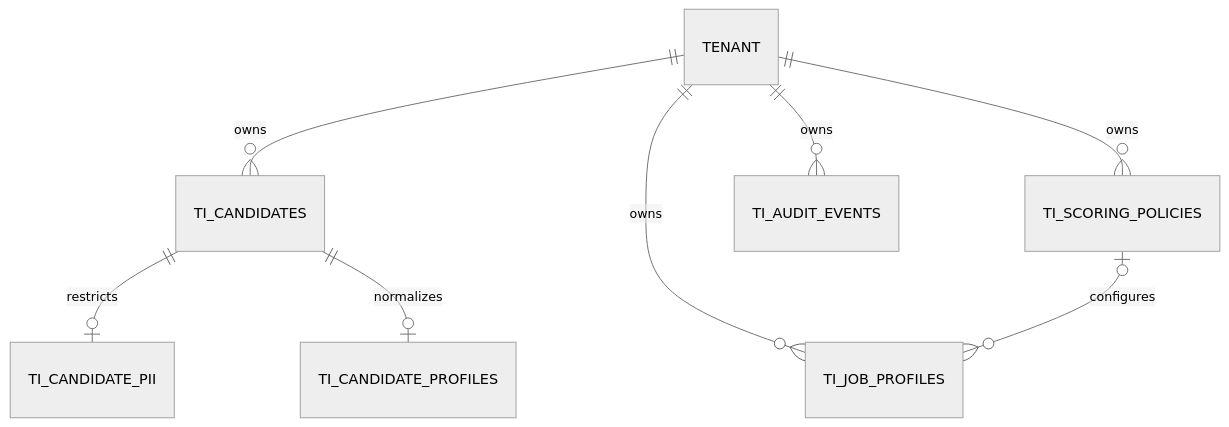
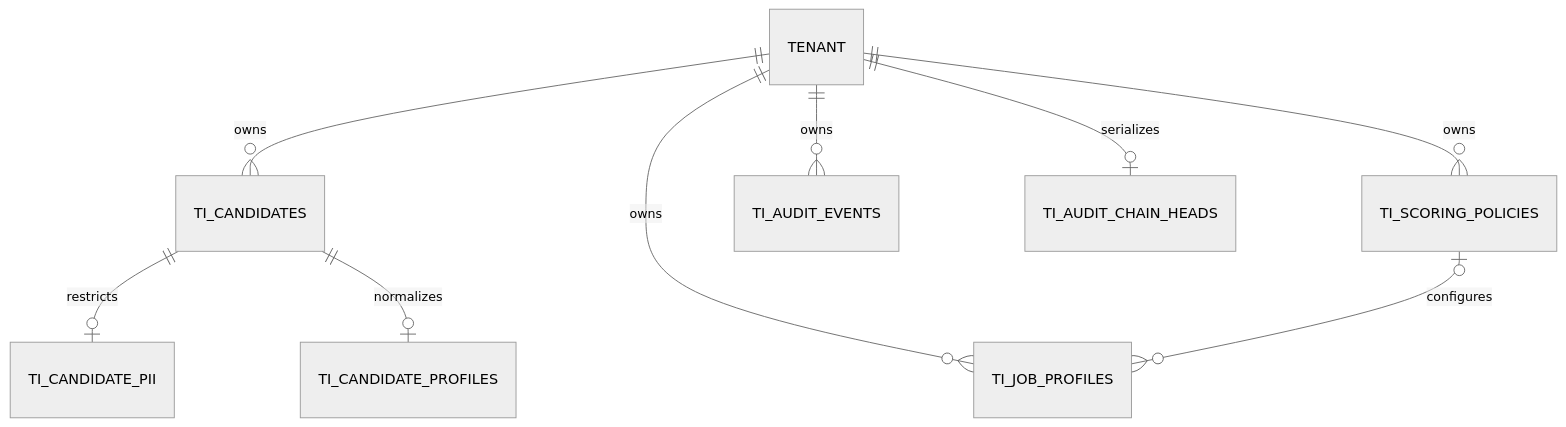
One commit to ThienUIT/ai-recruitment changed the first of 2 diagrams in docs/talent-intelligence/data-model.md. Above: the diagram before and after it, drawn with Mermaid (neutral theme). The commit also changed other lines of this file and 15 other files, not shown here.

````diff
--- a/docs/talent-intelligence/data-model.md
+++ b/docs/talent-intelligence/data-model.md
@@ -5,10 +5,11 @@
 ```mermaid
 erDiagram
     TENANT ||--o{ TI_CANDIDATES : owns
     TENANT ||--o{ TI_JOB_PROFILES : owns
     TENANT ||--o{ TI_SCORING_POLICIES : owns
     TENANT ||--o{ TI_AUDIT_EVENTS : owns
+    TENANT ||--o| TI_AUDIT_CHAIN_HEADS : serializes
     TI_CANDIDATES ||--o| TI_CANDIDATE_PII : restricts
     TI_CANDIDATES ||--o| TI_CANDIDATE_PROFILES : normalizes
     TI_SCORING_POLICIES o|--o{ TI_JOB_PROFILES : configures
 ```
````
